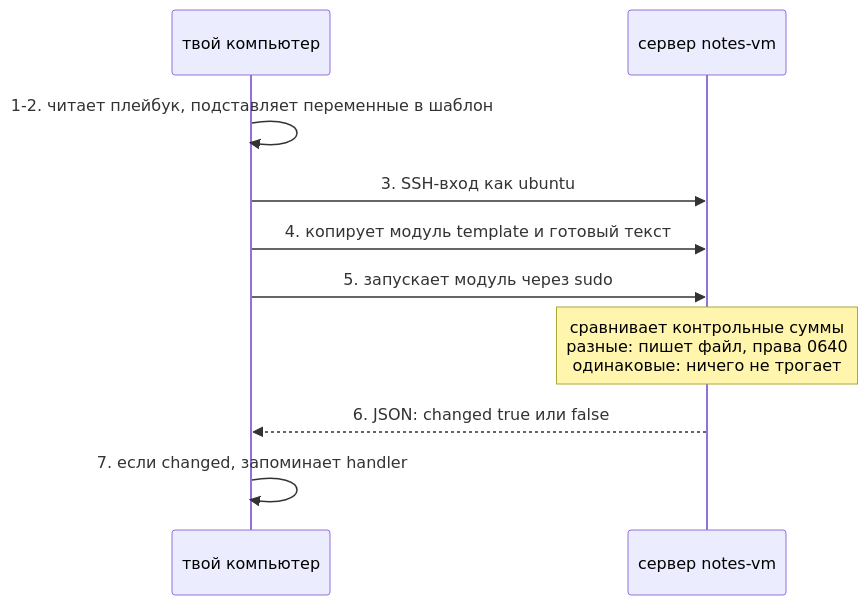
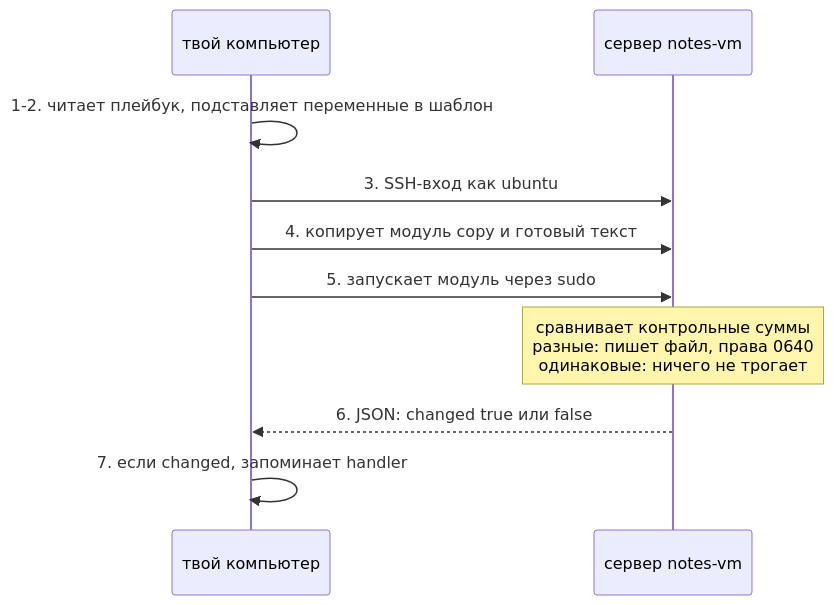
The fourth of 4 diagrams in devops/07-iac/05-ansible-playbooks.md (distinguished-sre/learning), drawn with Mermaid before and after one commit. The commit also changed other lines of this file and 346 other files, not shown here.

````diff
--- a/devops/07-iac/05-ansible-playbooks.md
+++ b/devops/07-iac/05-ansible-playbooks.md
@@ -326,12 +337,12 @@
 ```mermaid
 sequenceDiagram
     participant P as твой компьютер
     participant S as сервер notes-vm
     P->>P: 1-2. читает плейбук, подставляет переменные в шаблон
     P->>S: 3. SSH-вход как ubuntu
-    P->>S: 4. копирует модуль template и готовый текст
+    P->>S: 4. копирует модуль copy и готовый текст
     P->>S: 5. запускает модуль через sudo
     Note over S: сравнивает контрольные суммы<br>разные: пишет файл, права 0640<br>одинаковые: ничего не трогает
     S-->>P: 6. JSON: changed true или false
     P->>P: 7. если changed, запоминает handler
 ```
````
